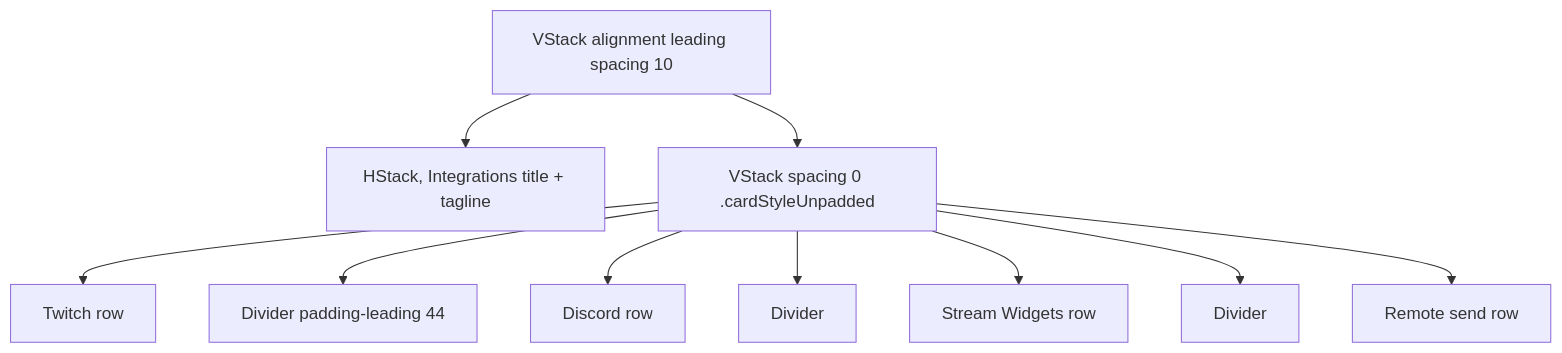
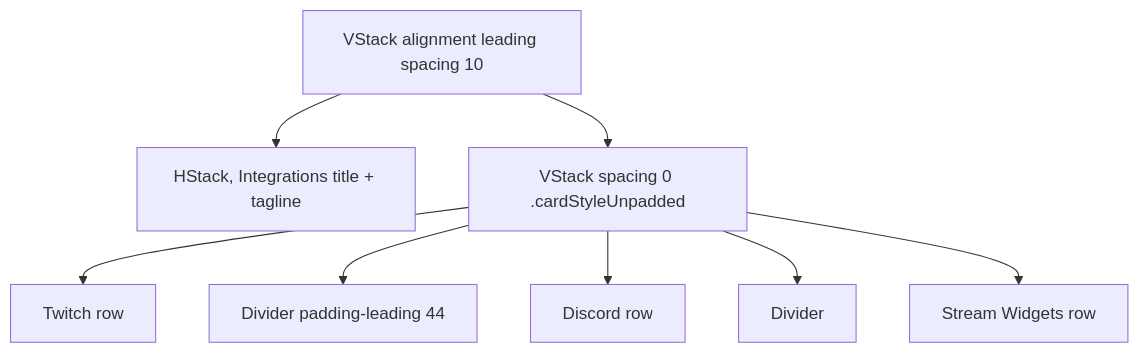
One commit to MrDemonWolf/wolfwave changed the first of 2 diagrams in design-system/components/integration-dashboard-view.md. Above: the diagram before and after it, drawn with Mermaid. The commit also changed other lines of this file and 37 other files, not shown here.

````diff
--- a/design-system/components/integration-dashboard-view.md
+++ b/design-system/components/integration-dashboard-view.md
@@ -49,12 +47,10 @@
 ```mermaid
 graph TB
   Dashboard[VStack alignment leading spacing 10] --> Header[HStack, Integrations title + tagline]
   Dashboard --> Card[VStack spacing 0 .cardStyleUnpadded]
   Card --> Row1[Twitch row]
   Card --> Div1[Divider padding-leading 44]
   Card --> Row2[Discord row]
   Card --> Div2[Divider]
   Card --> Row3[Stream Widgets row]
-  Card --> Div3[Divider]
-  Card --> Row4[Remote send row]
 ```
````
